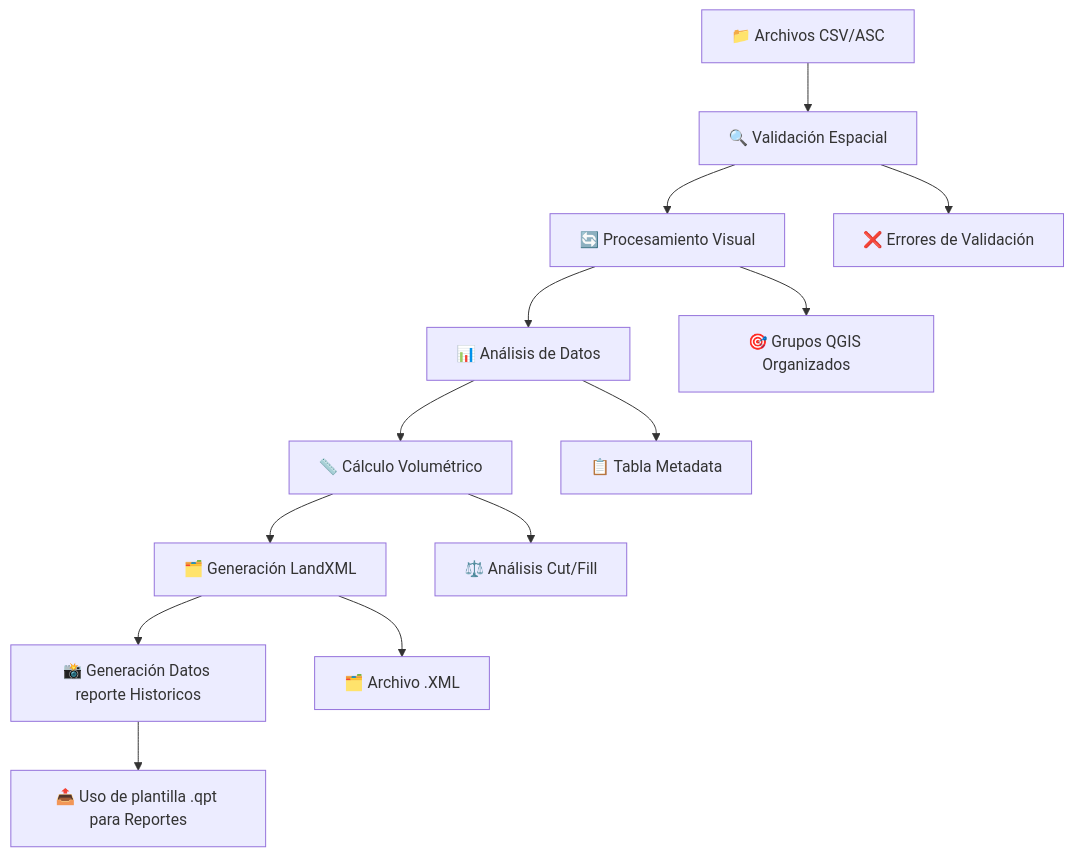
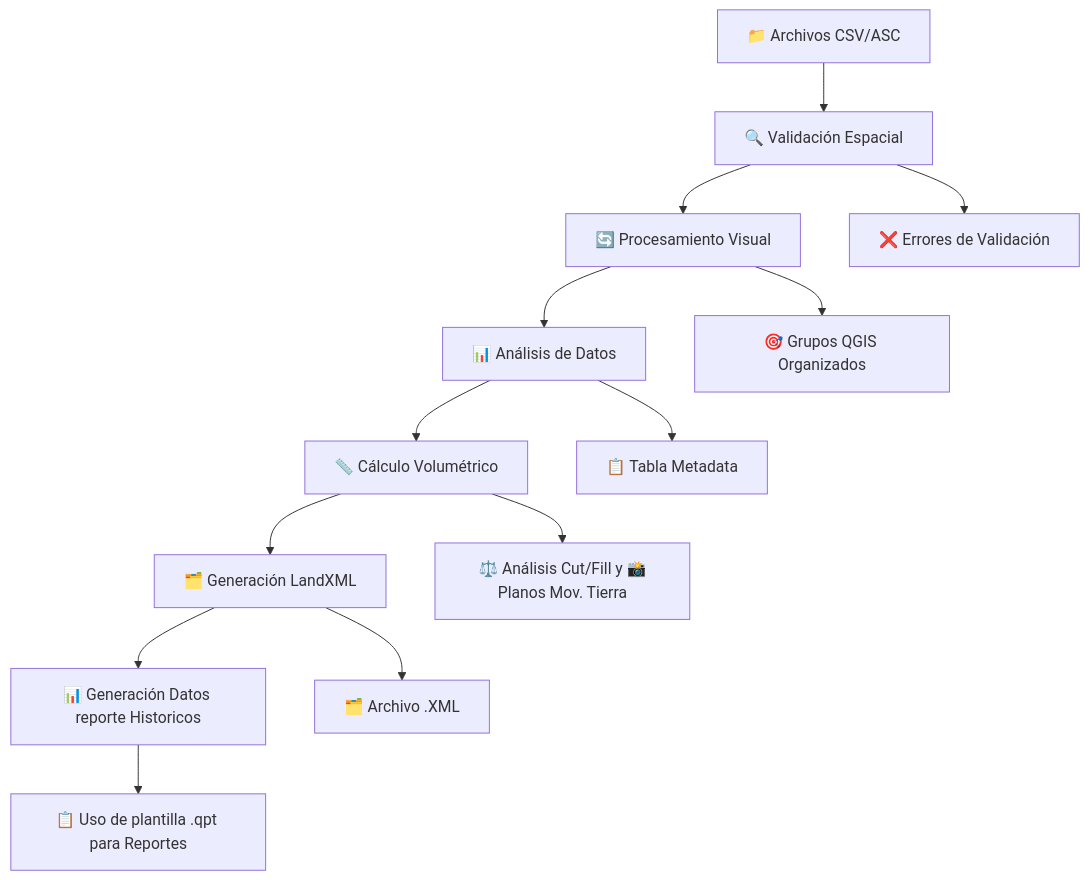
One commit to titoruizh/PLUGIN_Canchas_LT changed the diagram in README.md. Above: the diagram before and after it, drawn with Mermaid.

````diff
--- a/README.md
+++ b/README.md
@@ -60,16 +60,16 @@
 ```mermaid
 graph TD
     A[📁 Archivos CSV/ASC] --> B[🔍 Validación Espacial]
     B --> C[🔄 Procesamiento Visual]
     C --> D[📊 Análisis de Datos]
     D --> E[📏 Cálculo Volumétrico]
     E --> F[🗂️ Generación LandXML]
-    F --> G[📸 Generación Datos reporte Historicos]
+    F --> G[📊 Generación Datos reporte Historicos]
     
     B --> H[❌ Errores de Validación]
     C --> I[🎯 Grupos QGIS Organizados]
     D --> J[📋 Tabla Metadata]
-    E --> K[⚖️ Análisis Cut/Fill]
+    E --> K[⚖️ Análisis Cut/Fill y 📸Planos Mov. Tierra]
     F --> L[🗂️ Archivo .XML]
-    G --> M[📤 Uso de plantilla .qpt para Reportes]
+    G --> M[📋 Uso de plantilla .qpt para Reportes]
 ```
````
